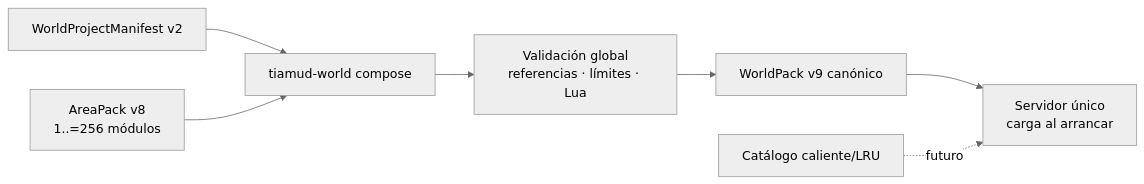
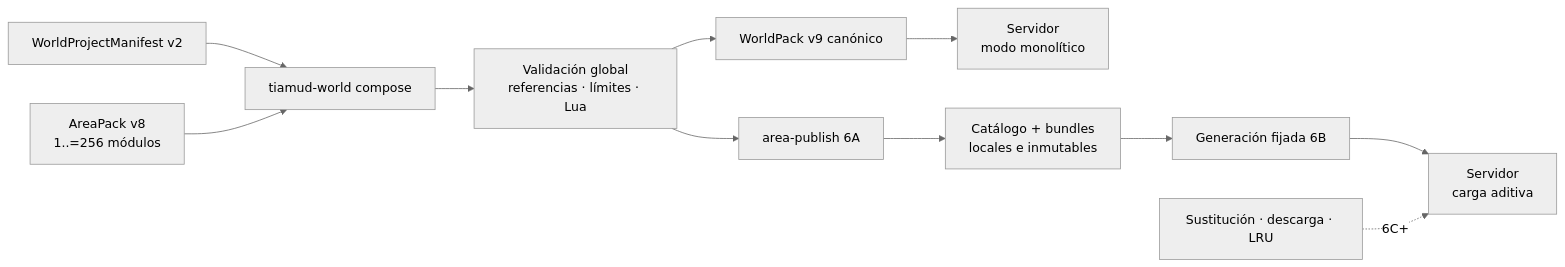
The first of 2 diagrams in docs/world-authoring.md (hyukudan/tiamud), drawn with Mermaid (neutral theme) before and after one commit. The commit also changed other lines of this file and 21 other files, not shown here.

````diff
--- a/docs/world-authoring.md
+++ b/docs/world-authoring.md
@@ -31,12 +37,16 @@
 ```mermaid
 flowchart LR
-    accTitle: Flujo vigente de autoría modular de Tiamud
-    accDescr: Las áreas se componen y validan fuera de línea para producir un solo WorldPack canónico que el servidor carga al arrancar. No existe carga caliente.
+    accTitle: Flujo vigente monolítico y aditivo local de Tiamud
+    accDescr: Las áreas se componen y validan fuera de línea. El servidor elige el WorldPack completo o una generación local fijada cuyos bundles se incorporan de forma aditiva.
 
     Project[WorldProjectManifest v2] --> Compose[tiamud-world compose]
     Areas[AreaPack v8<br/>1..=256 módulos] --> Compose
     Compose --> Validate[Validación global<br/>referencias · límites · Lua]
     Validate --> Artifact[WorldPack v9 canónico]
-    Artifact --> Server[Servidor único<br/>carga al arrancar]
-    Hot[Catálogo caliente/LRU] -. futuro .-> Server
+    Artifact --> Monolithic[Servidor<br/>modo monolítico]
+    Validate --> Publish[area-publish 6A]
+    Publish --> Catalog[Catálogo + bundles<br/>locales e inmutables]
+    Catalog --> Fixed[Generación fijada 6B]
+    Fixed --> Server[Servidor<br/>carga aditiva]
+    Future[Sustitución · descarga · LRU] -. 6C+ .-> Server
 ```
````
